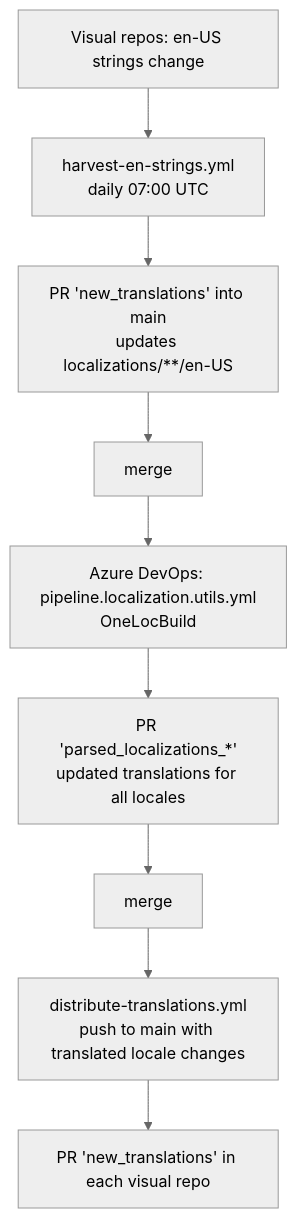
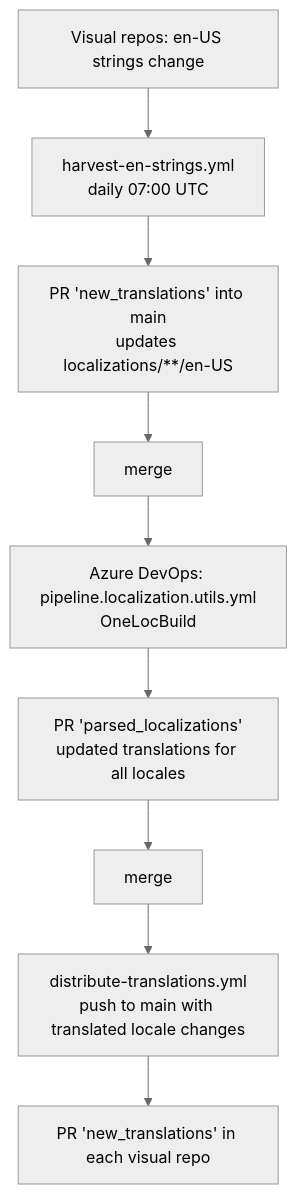
One commit to microsoft/powerbi-visuals-utils-localizationutils changed the diagram in README.md. Above: the diagram before and after it, drawn with Mermaid (neutral theme). The commit also changed other lines of this file and 221 other files, not shown here.

````diff
--- a/README.md
+++ b/README.md
@@ -27,11 +27,11 @@
 ```mermaid
 flowchart TD
     A[Visual repos: en-US strings change] --> B[harvest-en-strings.yml<br/>daily 07:00 UTC]
     B --> C[PR 'new_translations' into main<br/>updates localizations/**/en-US]
     C --> D[merge]
     D --> E[Azure DevOps: pipeline.localization.utils.yml<br/>OneLocBuild]
-    E --> F[PR 'parsed_localizations_*'<br/>updated translations for all locales]
+    E --> F[PR 'parsed_localizations'<br/>updated translations for all locales]
     F --> G[merge]
     G --> H[distribute-translations.yml<br/>push to main with translated locale changes]
     H --> I[PR 'new_translations' in each visual repo]
 ```
````
